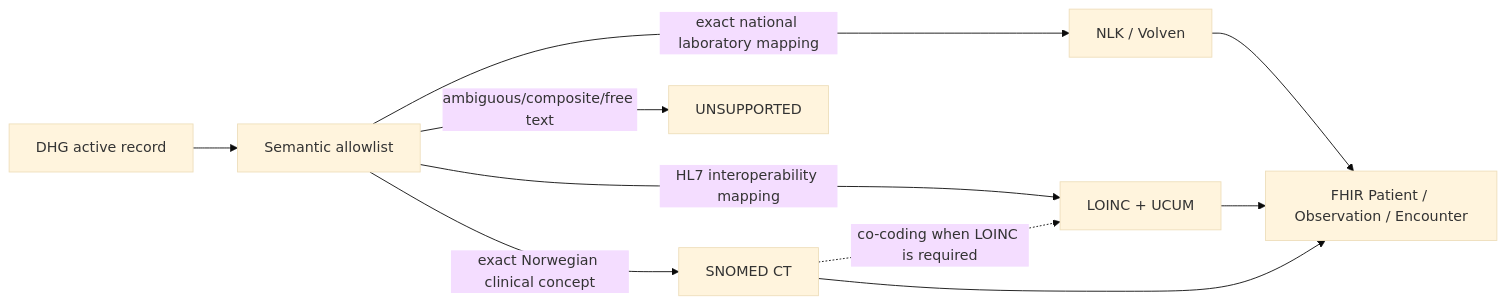
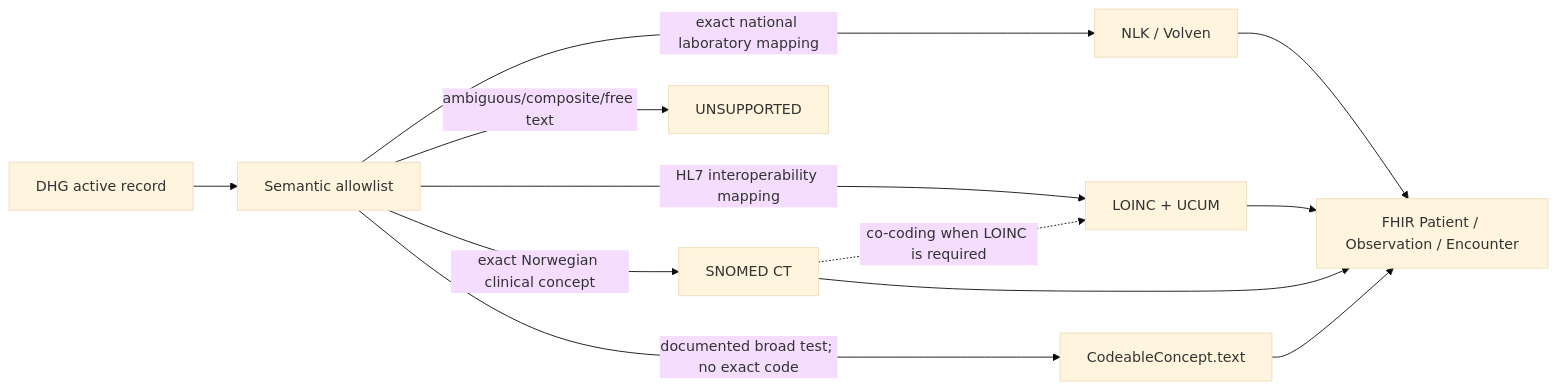
Before and after one commit to helgaarm/FhirGravidAPI: the second of 2 diagrams in docs/dhg-fhir-resource-mapping.md, drawn with Mermaid (base theme). The commit also changed other lines of this file and 9 other files, not shown here.

````diff
--- a/docs/dhg-fhir-resource-mapping.md
+++ b/docs/dhg-fhir-resource-mapping.md
@@ -62,12 +62,14 @@
 ```mermaid
 flowchart LR
     DHG["DHG active record"] --> Semantic["Semantic allowlist"]
     Semantic -->|"exact national laboratory mapping"| National["NLK / Volven"]
     Semantic -->|"HL7 interoperability mapping"| LOINC["LOINC + UCUM"]
     Semantic -->|"exact Norwegian clinical concept"| SNOMED["SNOMED CT"]
+    Semantic -->|"documented broad test; no exact code"| Text["CodeableConcept.text"]
     Semantic -->|"ambiguous/composite/free text"| Unsupported["UNSUPPORTED"]
     National --> FHIR["FHIR Patient / Observation / Encounter"]
     LOINC --> FHIR
     SNOMED --> FHIR
+    Text --> FHIR
     SNOMED -.->|"co-coding when LOINC is required"| LOINC
 ```
````
